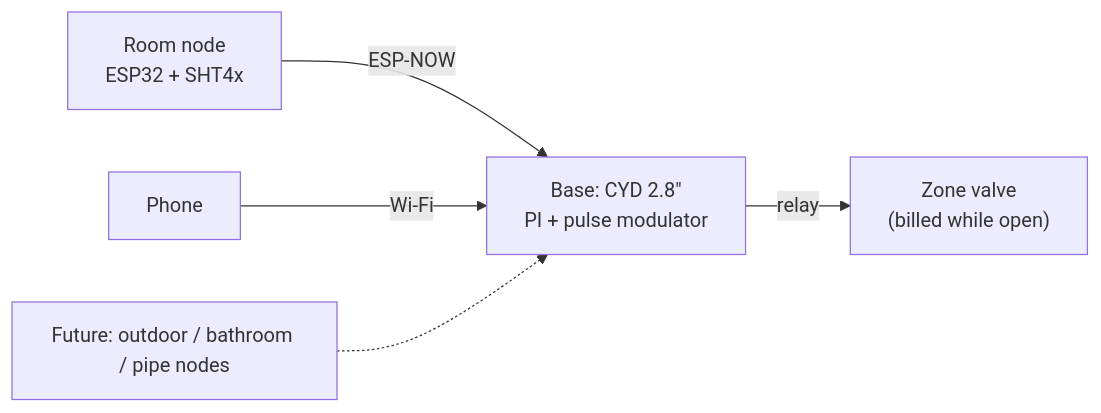
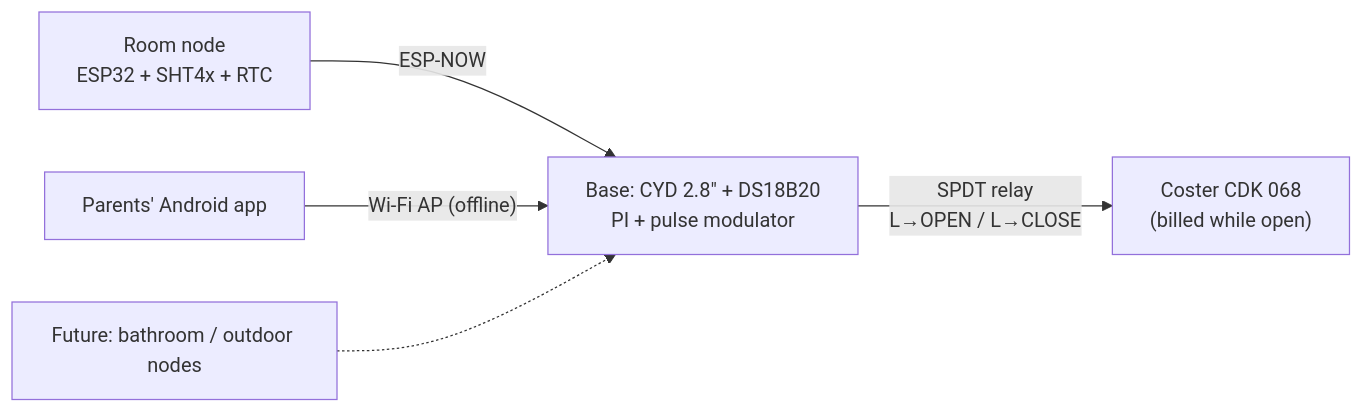
The diagram in README.md (Phoenix1o1/ThermoMade), drawn with Mermaid before and after one commit. The commit also changed other lines of this file and 17 other files, not shown here.

First line of the commit message:
Fold in site answers: Coster 3-point valve, offline house, sensor fusion, app, enclosure

````diff
--- a/README.md
+++ b/README.md
@@ -30,7 +36,7 @@
 ```mermaid
 flowchart LR
-  N["Room node<br/>ESP32 + SHT4x"] -- ESP-NOW --> B["Base: CYD 2.8&quot;<br/>PI + pulse modulator"]
-  B -- relay --> V["Zone valve<br/>(billed while open)"]
-  P["Phone"] -- Wi-Fi --> B
-  F["Future: outdoor / bathroom / pipe nodes"] -.-> B
+  N["Room node<br/>ESP32 + SHT4x + RTC"] -- ESP-NOW --> B["Base: CYD 2.8&quot; + DS18B20<br/>PI + pulse modulator"]
+  B -- "SPDT relay<br/>L→OPEN / L→CLOSE" --> V["Coster CDK 068<br/>(billed while open)"]
+  P["Parents' Android app"] -- "Wi-Fi AP (offline)" --> B
+  F["Future: bathroom / outdoor nodes"] -.-> B
 ```
````
